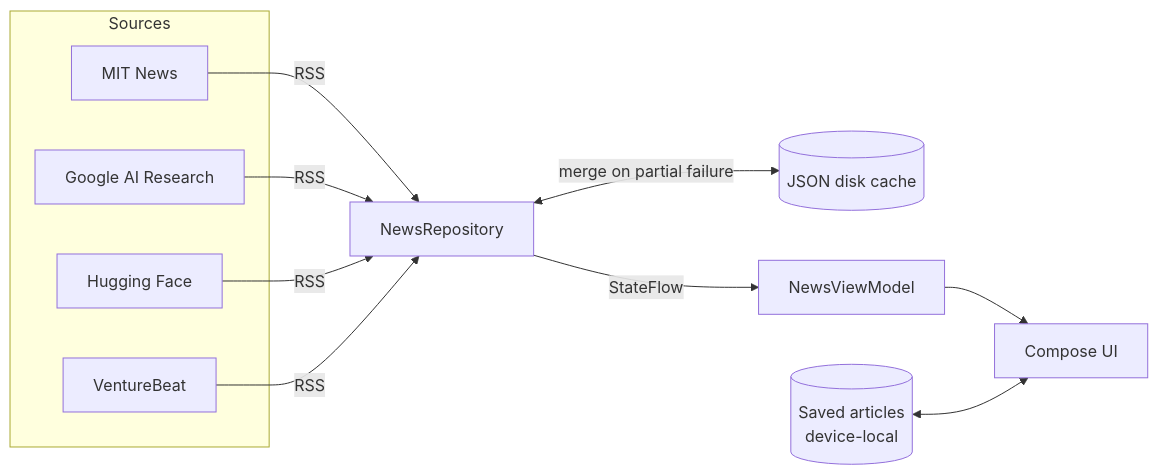
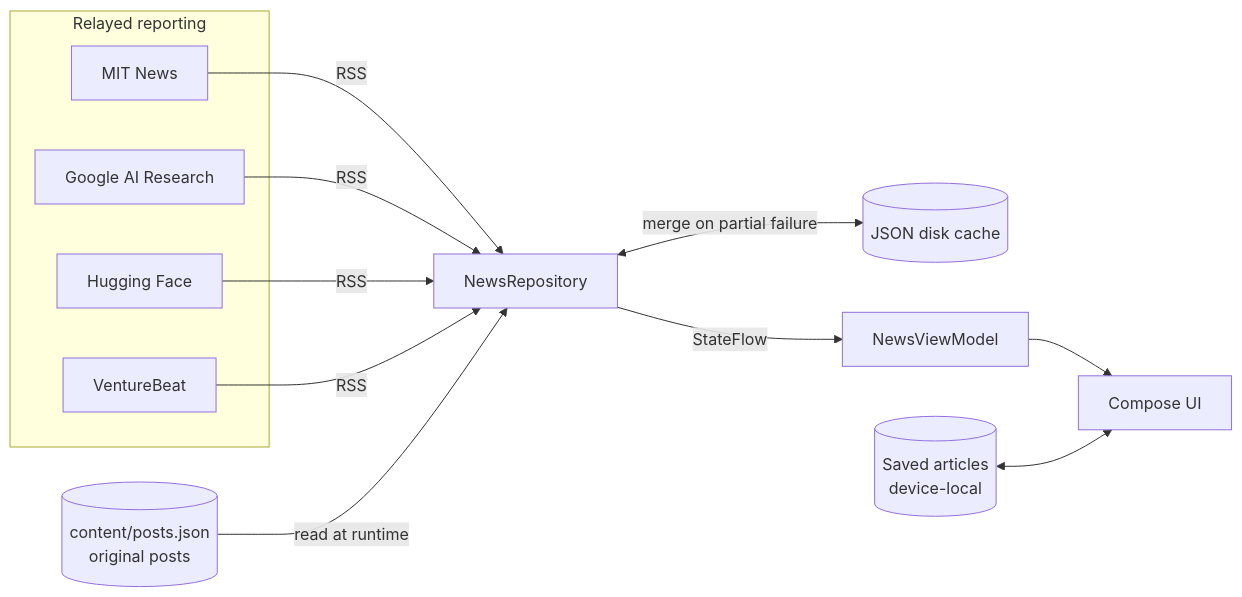
The first of 2 diagrams in README.md (Caceras/ai-news-kotlin), drawn with Mermaid before and after one commit. The commit also changed other lines of this file and 9 other files, not shown here.

````diff
--- a/README.md
+++ b/README.md
@@ -51,15 +51,18 @@
 ```mermaid
 flowchart LR
-  subgraph Sources
+  subgraph Sources["Relayed reporting"]
     A["MIT News"]
     B["Google AI Research"]
     C["Hugging Face"]
     D["VentureBeat"]
   end
 
+  P[("content/posts.json<br/>original posts")]
+
   A & B & C & D -->|RSS| R["NewsRepository"]
+  P -->|"read at runtime"| R
   R <-->|"merge on partial failure"| K[("JSON disk cache")]
   R -->|StateFlow| V["NewsViewModel"]
   V --> U["Compose UI"]
   S[("Saved articles<br/>device-local")] <--> U
 ```
````
